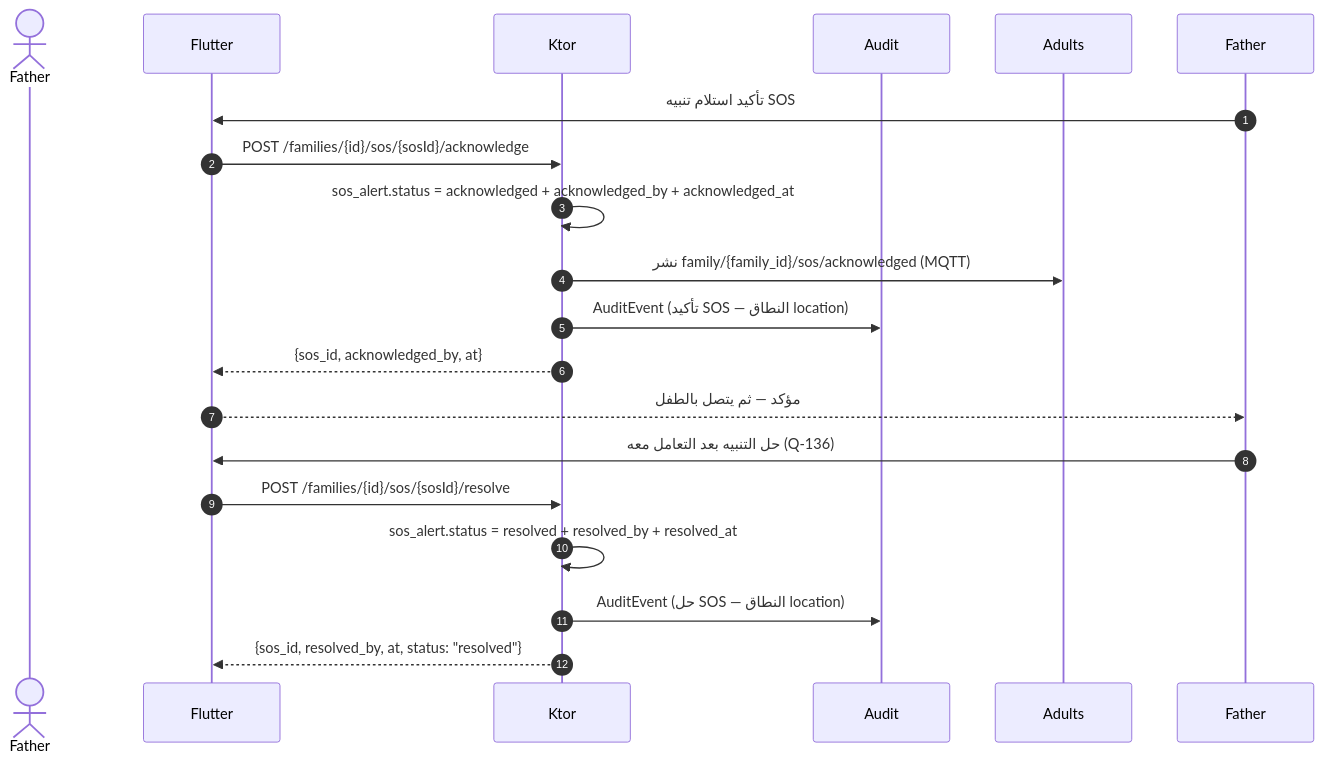
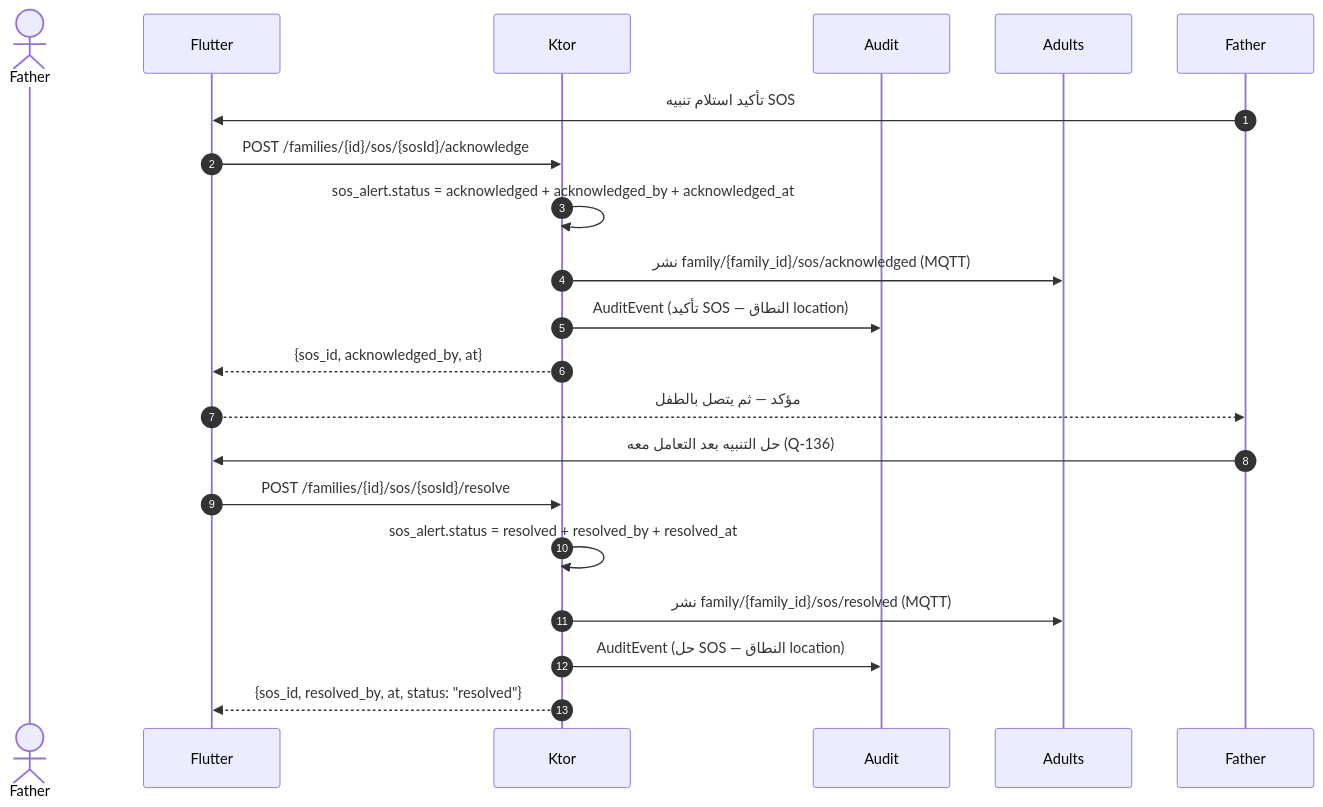
The seventh of 12 diagrams in docs/family-os/governance/phases/phase-1/S1-07-location-basic/DIAGRAMS.md (Bassam-mohammed-alqaeadi/family-os-v2), drawn with Mermaid before and after one commit. The commit also changed 6 other files, not shown here.

Commit message:
Q-160…Q-162: مفتاح حل SOS + حدث MQTT + نقطة إلغاء نقل الملكية (البذر 72) + REQ-018/ACC-016/ACC-014

````diff
--- a/docs/family-os/governance/phases/phase-1/S1-07-location-basic/DIAGRAMS.md
+++ b/docs/family-os/governance/phases/phase-1/S1-07-location-basic/DIAGRAMS.md
@@ -251,21 +251,22 @@
 ```mermaid
 sequenceDiagram
     autonumber
     actor الأب as Father
     participant التطبيق as Flutter
     participant الخادم as Ktor
     participant التدقيق as Audit
     participant البالغون as Adults
     Father->>التطبيق: تأكيد استلام تنبيه SOS
     التطبيق->>الخادم: POST /families/{id}/sos/{sosId}/acknowledge
     الخادم->>الخادم: sos_alert.status = acknowledged + acknowledged_by + acknowledged_at
     الخادم->>البالغون: نشر family/{family_id}/sos/acknowledged (MQTT)
     الخادم->>التدقيق: AuditEvent (تأكيد SOS — النطاق location)
     الخادم-->>التطبيق: {sos_id, acknowledged_by, at}
     التطبيق-->>Father: مؤكد — ثم يتصل بالطفل
     Father->>التطبيق: حل التنبيه بعد التعامل معه (Q-136)
     التطبيق->>الخادم: POST /families/{id}/sos/{sosId}/resolve
     الخادم->>الخادم: sos_alert.status = resolved + resolved_by + resolved_at
+    الخادم->>البالغون: نشر family/{family_id}/sos/resolved (MQTT)
     الخادم->>التدقيق: AuditEvent (حل SOS — النطاق location)
     الخادم-->>التطبيق: {sos_id, resolved_by, at, status: "resolved"}
 ```
````
